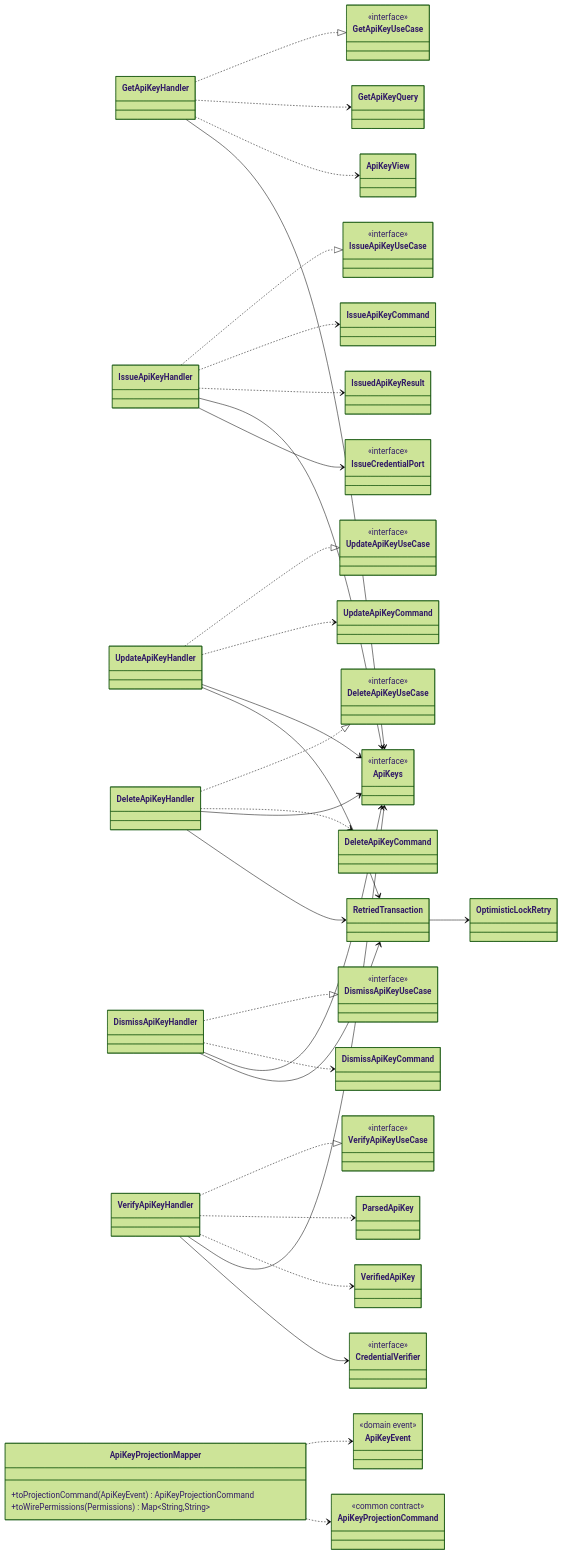
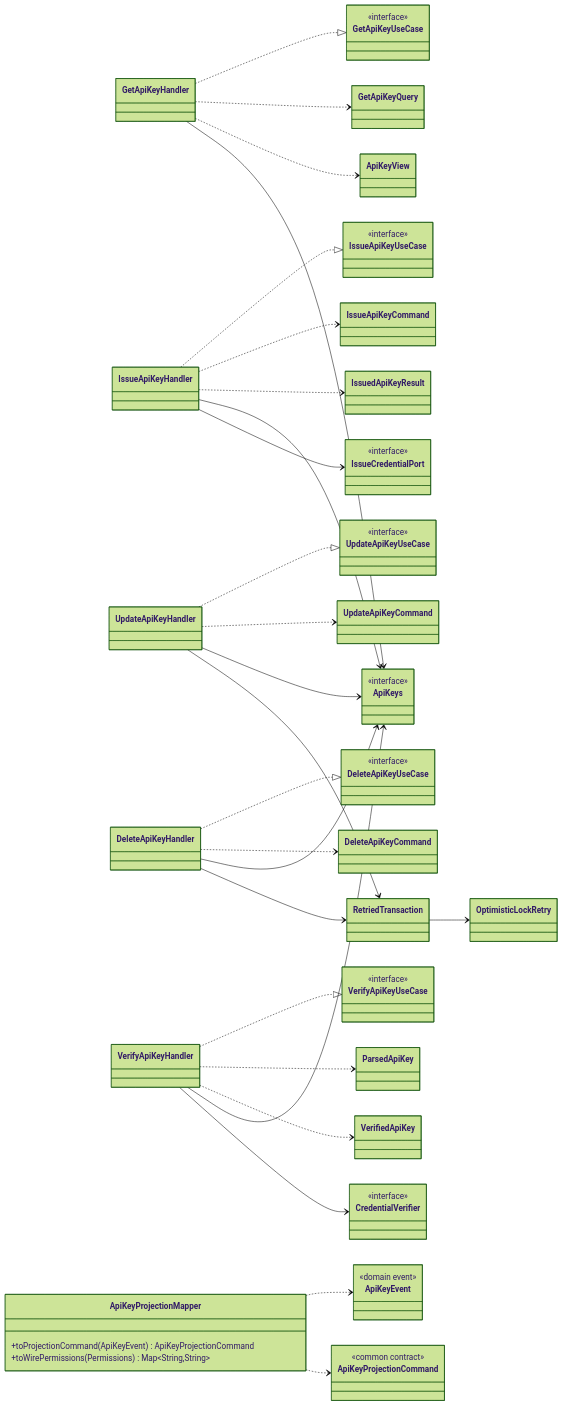
Before and after one commit to Dhiren9939/HQ-Tier0: the tenth of 14 diagrams in docs/access-context.md, drawn with Mermaid (forest theme). The commit also changed other lines of this file and 30 other files, not shown here.

Commit message:
refactor(access): delete api keys outright instead of keeping tombstones

````diff
--- a/docs/access-context.md
+++ b/docs/access-context.md
@@ -873,75 +851,68 @@
 ```mermaid
 classDiagram
     direction LR
 
     class IssueApiKeyUseCase { <<interface>> }
     class GetApiKeyUseCase { <<interface>> }
     class UpdateApiKeyUseCase { <<interface>> }
     class DeleteApiKeyUseCase { <<interface>> }
-    class DismissApiKeyUseCase { <<interface>> }
     class VerifyApiKeyUseCase { <<interface>> }
 
     class IssueApiKeyHandler
     class GetApiKeyHandler
     class UpdateApiKeyHandler
     class DeleteApiKeyHandler
-    class DismissApiKeyHandler
     class VerifyApiKeyHandler
 
     class IssueApiKeyCommand
     class GetApiKeyQuery
     class UpdateApiKeyCommand
     class DeleteApiKeyCommand
-    class DismissApiKeyCommand
     class IssuedApiKeyResult
     class ApiKeyView
     class ParsedApiKey
     class VerifiedApiKey
 
     class ApiKeys { <<interface>> }
     class RetriedTransaction
     class OptimisticLockRetry
     class IssueCredentialPort { <<interface>> }
     class CredentialVerifier { <<interface>> }
 
     class ApiKeyProjectionMapper {
         +toProjectionCommand(ApiKeyEvent) ApiKeyProjectionCommand
         +toWirePermissions(Permissions) Map~String,String~
     }
     class ApiKeyEvent { <<domain event>> }
     class ApiKeyProjectionCommand { <<common contract>> }
 
     IssueApiKeyHandler ..|> IssueApiKeyUseCase
     GetApiKeyHandler ..|> GetApiKeyUseCase
     UpdateApiKeyHandler ..|> UpdateApiKeyUseCase
     DeleteApiKeyHandler ..|> DeleteApiKeyUseCase
-    DismissApiKeyHandler ..|> DismissApiKeyUseCase
     VerifyApiKeyHandler ..|> VerifyApiKeyUseCase
 
     IssueApiKeyHandler ..> IssueApiKeyCommand
     IssueApiKeyHandler ..> IssuedApiKeyResult
     GetApiKeyHandler ..> GetApiKeyQuery
     GetApiKeyHandler ..> ApiKeyView
     UpdateApiKeyHandler ..> UpdateApiKeyCommand
     DeleteApiKeyHandler ..> DeleteApiKeyCommand
-    DismissApiKeyHandler ..> DismissApiKeyCommand
     VerifyApiKeyHandler ..> ParsedApiKey
     VerifyApiKeyHandler ..> VerifiedApiKey
 
     IssueApiKeyHandler --> ApiKeys
     GetApiKeyHandler --> ApiKeys
     UpdateApiKeyHandler --> ApiKeys
     DeleteApiKeyHandler --> ApiKeys
-    DismissApiKeyHandler --> ApiKeys
     VerifyApiKeyHandler --> ApiKeys
 
     IssueApiKeyHandler --> IssueCredentialPort
     VerifyApiKeyHandler --> CredentialVerifier
     UpdateApiKeyHandler --> RetriedTransaction
     DeleteApiKeyHandler --> RetriedTransaction
-    DismissApiKeyHandler --> RetriedTransaction
     RetriedTransaction --> OptimisticLockRetry
 
     ApiKeyProjectionMapper ..> ApiKeyEvent
     ApiKeyProjectionMapper ..> ApiKeyProjectionCommand
 ```
````
